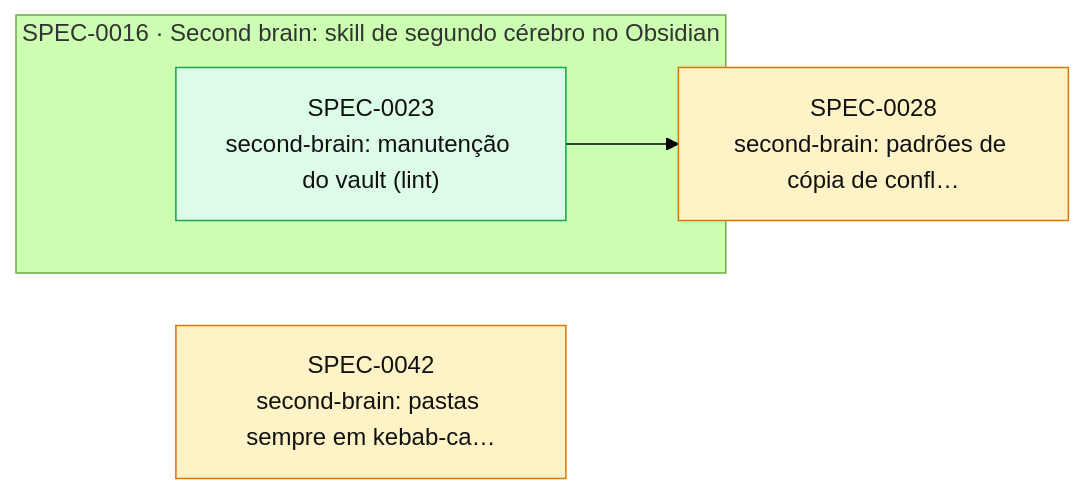
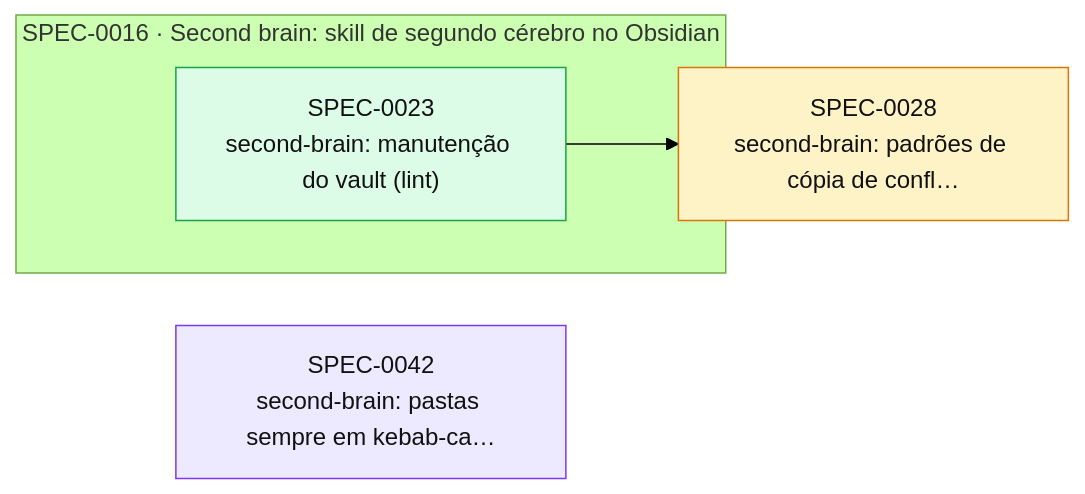
The diagram in docs/specs/INDEX.md (thomasravache/ai-dev-brain), drawn with Mermaid (forest theme) before and after one commit. The commit also changed other lines of this file and 1 other file, not shown here.

First line of the commit message:
docs(specs): H1 e plano da SPEC-0042; em execução

````diff
--- a/docs/specs/INDEX.md
+++ b/docs/specs/INDEX.md
@@ -49,14 +49,14 @@
 ```mermaid
 flowchart LR
   S0028["SPEC-0028<br/>second-brain: padrões de cópia de confl…"]:::proposed
-  S0032["SPEC-0042<br/>second-brain: pastas sempre em kebab-ca…"]:::proposed
+  S0032["SPEC-0042<br/>second-brain: pastas sempre em kebab-ca…"]:::inprogress
   subgraph E0016["SPEC-0016 · Second brain: skill de segundo cérebro no Obsidian"]
     S0023["SPEC-0023<br/>second-brain: manutenção do vault (lint)"]:::implemented
   end
   S0023 --> S0028
   classDef proposed fill:#fef3c7,stroke:#d97706,color:#111
   classDef approved fill:#dbeafe,stroke:#2563eb,color:#111
   classDef inprogress fill:#ede9fe,stroke:#7c3aed,color:#111
   classDef implemented fill:#dcfce7,stroke:#16a34a,color:#111
   classDef deprecated fill:#f3f4f6,stroke:#9ca3af,color:#6b7280
 ```
````
